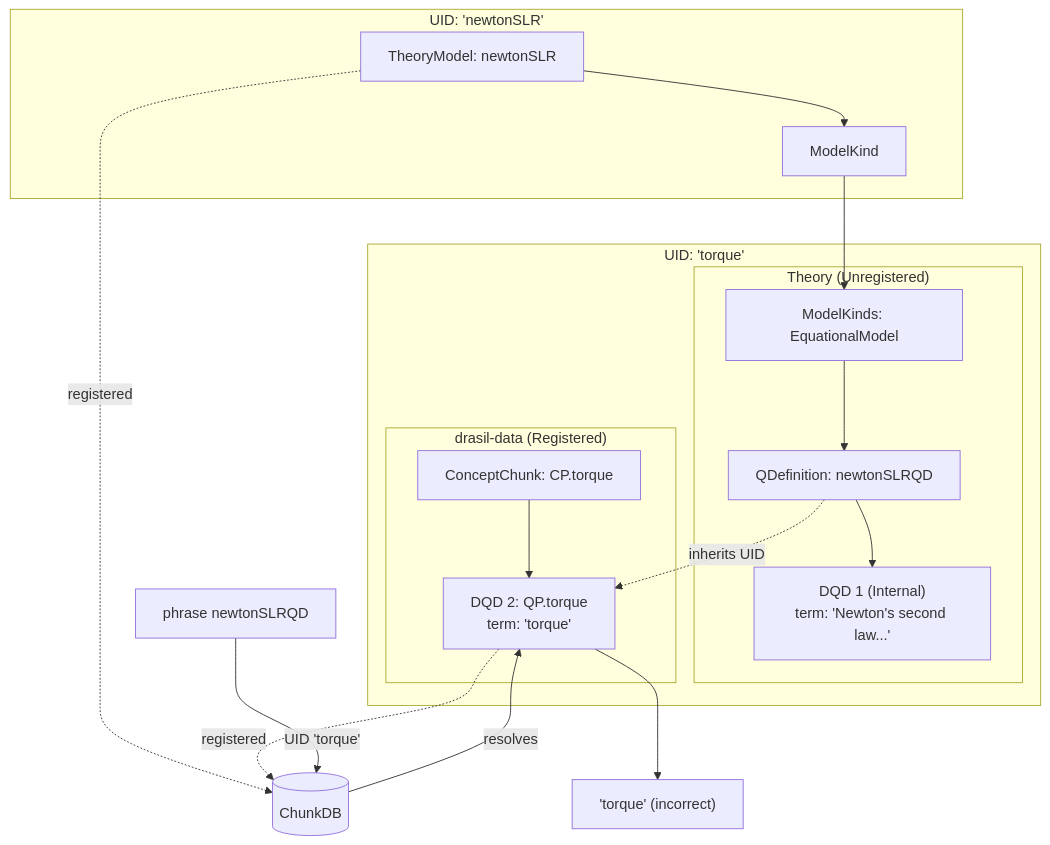
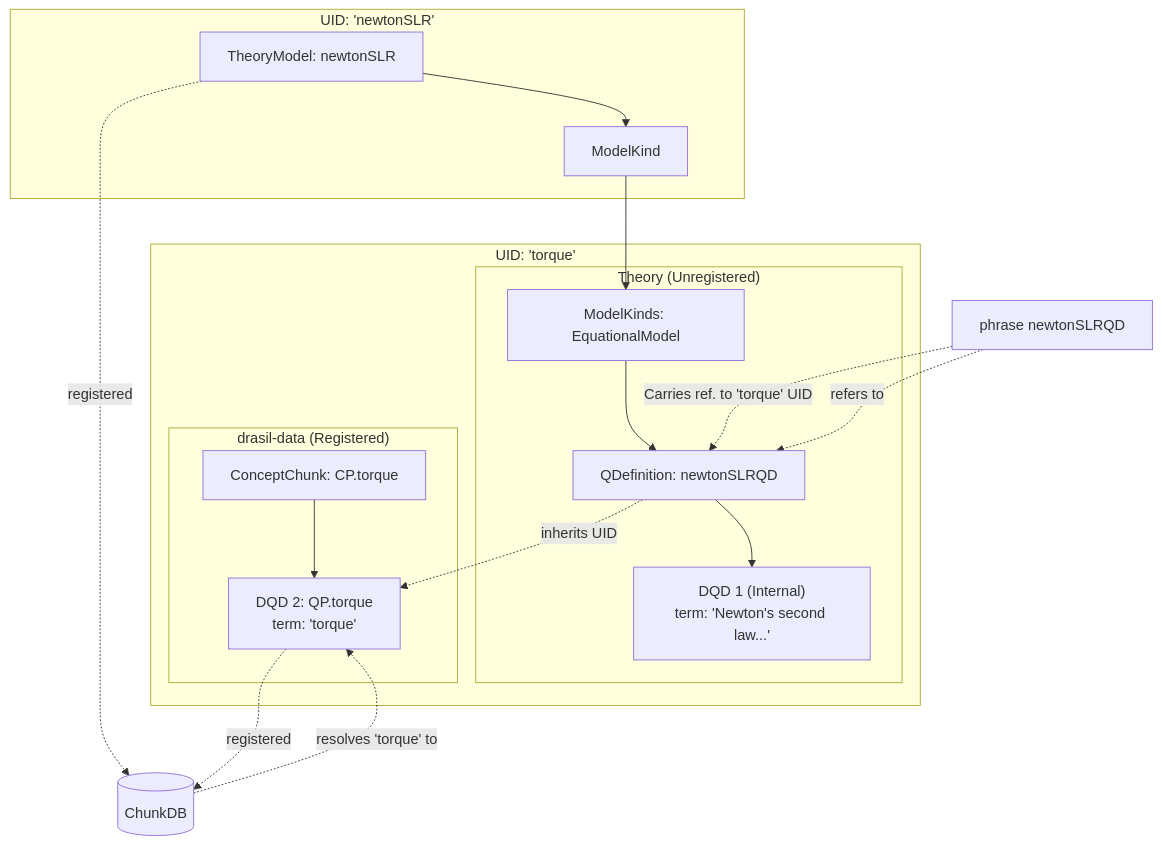
The diagram in People/Jason/drasil-analysis/09-25-2026-Theory-Newtons2ndLawOfRotationalMotion.md (JacquesCarette/Drasil), drawn with Mermaid before and after one commit. The commit also changed other lines of this file, not shown here.

Commit message:
analysis(NewtonSLR): refine problem visualization
Contributes to JacquesCarette/Drasil#5498

This adds a legend and corrects the visualization, refining 69b96d796664c898d773d1719ef1791e3bef32c1.

````diff
--- a/People/Jason/drasil-analysis/09-25-2026-Theory-Newtons2ndLawOfRotationalMotion.md
+++ b/People/Jason/drasil-analysis/09-25-2026-Theory-Newtons2ndLawOfRotationalMotion.md
@@ -30,34 +36,34 @@
 ```mermaid
 flowchart TD
     subgraph UID_SLR ["UID: 'newtonSLR'"]
         TM["TheoryModel: newtonSLR"]
         MK["ModelKind"]
         TM --> MK
     end
 
     subgraph UID_Torque ["UID: 'torque'"]
         subgraph In_Theory ["Theory (Unregistered)"]
             MKs["ModelKinds: EquationalModel"]
             QD["QDefinition: newtonSLRQD"]
             DQD1["DQD 1 (Internal)<br/>term: 'Newton's second law...'"]
             MKs --> QD --> DQD1
         end
 
         subgraph In_Data ["drasil-data (Registered)"]
             CP["ConceptChunk: CP.torque"]
             DQD2["DQD 2: QP.torque<br/>term: 'torque'"]
             CP --> DQD2
         end
     end
 
     MK --> MKs
     QD -.->|inherits UID| DQD2
 
     CDB[("ChunkDB")]
     TM -.->|registered| CDB
     DQD2 -.->|registered| CDB
-
-    Call["phrase newtonSLRQD"] -->|UID 'torque'| CDB
-    CDB -->|resolves| DQD2
-    DQD2 --> Out["'torque' (incorrect)"]
+    
+    Call["phrase newtonSLRQD"] -.->|Carries ref. to 'torque' UID| QD
+    Call -.->|refers to|QD
+    CDB -.->|resolves 'torque' to|DQD2
 ```
````
